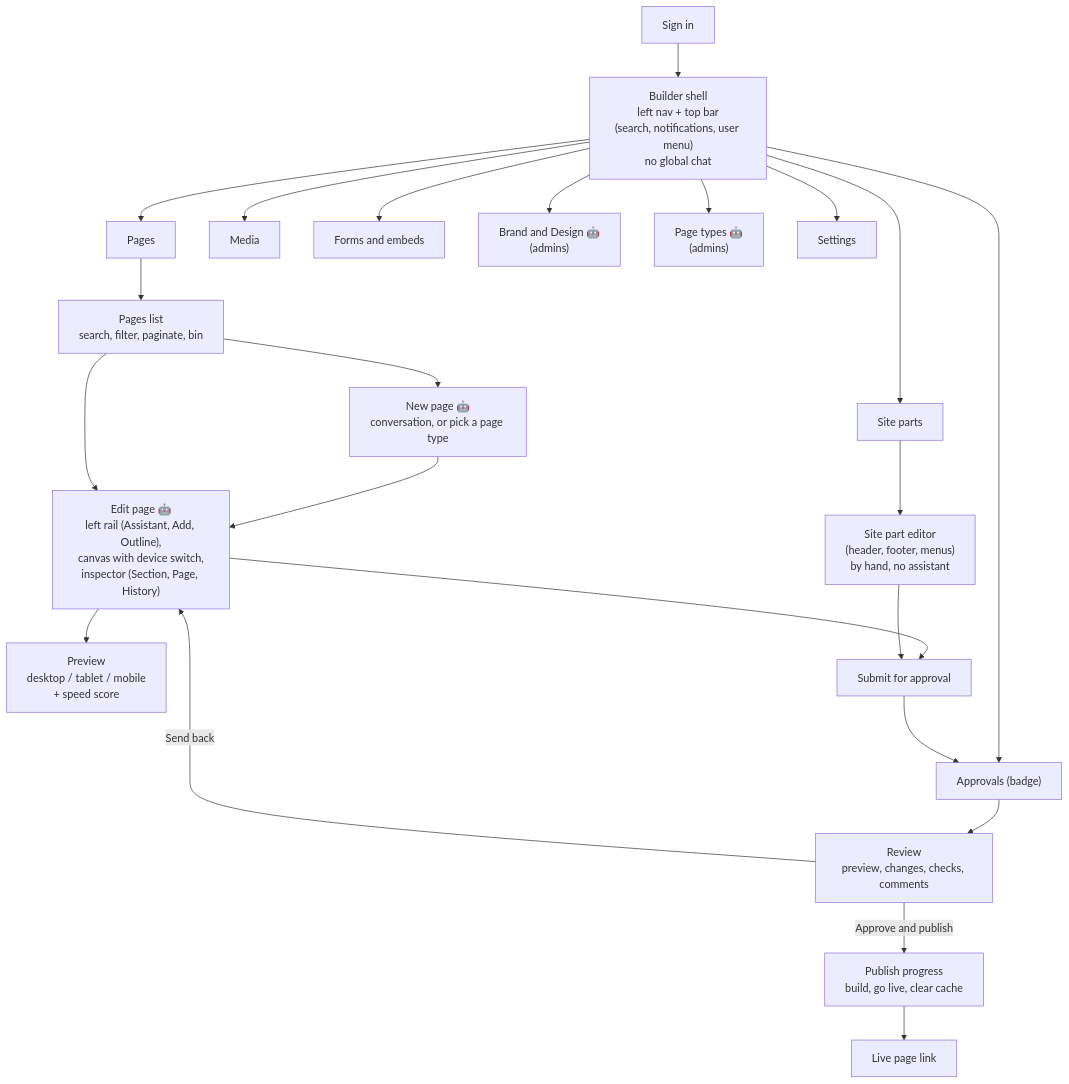
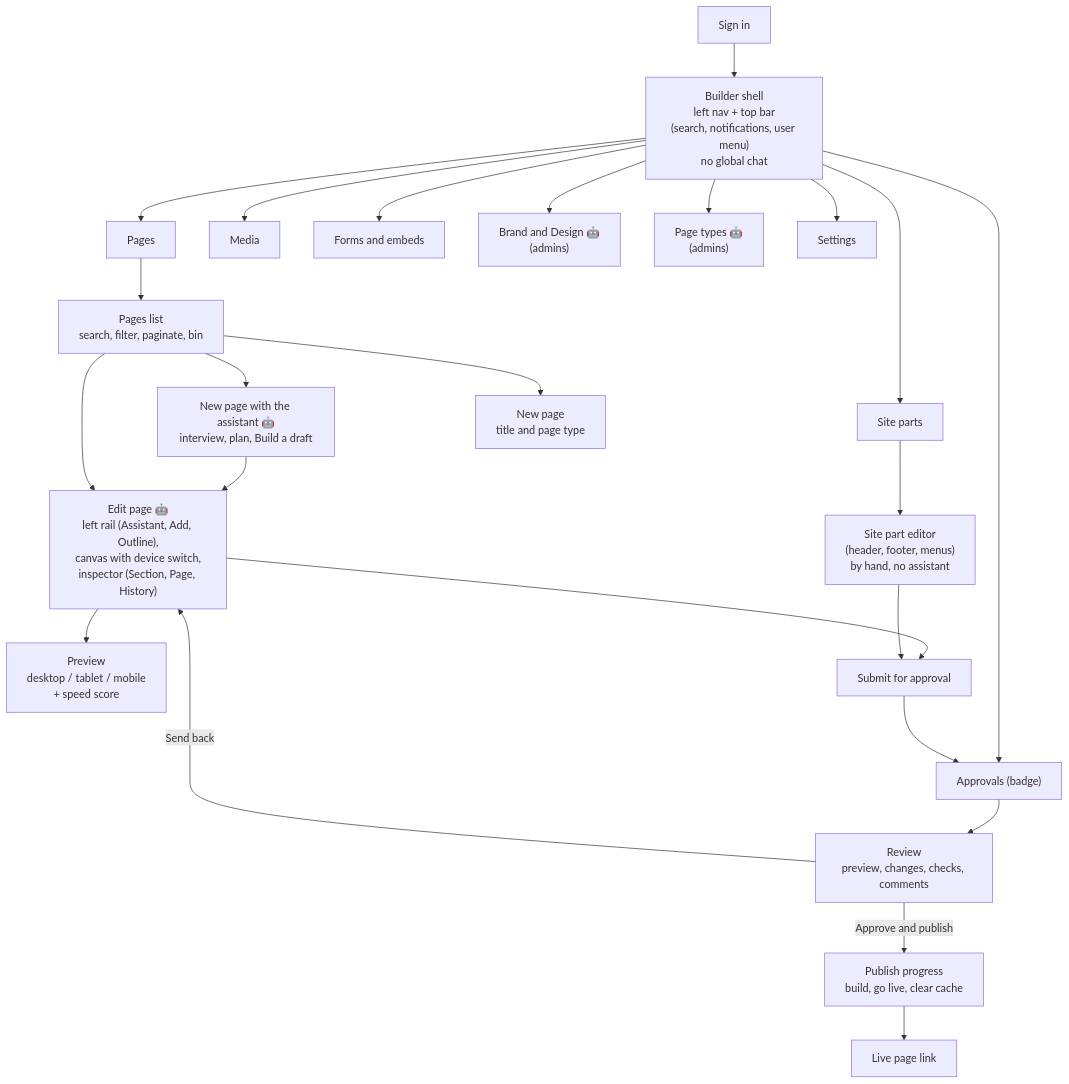
One commit to unkn0wn1/sitebuilder changed the diagram in docs/04-gui.md. Above: the diagram before and after it, drawn with Mermaid. The commit also changed other lines of this file and 23 other files, not shown here.

First line of the commit message:
Add New page with the assistant on the Pages list.

````diff
--- a/docs/04-gui.md
+++ b/docs/04-gui.md
@@ -41,26 +41,27 @@
 ```mermaid
 flowchart TD
   Login["Sign in"] --> Shell["Builder shell<br/>left nav + top bar<br/>(search, notifications, user menu)<br/>no global chat"]
   Shell --> Pages["Pages"]
   Shell --> Parts["Site parts"]
   Shell --> Media["Media"]
   Shell --> Forms["Forms and embeds"]
   Shell --> Approvals["Approvals (badge)"]
   Shell --> Brand["Brand and Design 🤖<br/>(admins)"]
   Shell --> Templates["Page types 🤖<br/>(admins)"]
   Shell --> Settings["Settings"]
 
   Pages --> List["Pages list<br/>search, filter, paginate, bin"]
-  List --> NewPage["New page 🤖<br/>conversation, or pick a page type"]
+  List --> NewPage["New page with the assistant 🤖<br/>interview, plan, Build a draft"]
+  List --> NewPageManual["New page<br/>title and page type"]
   NewPage --> Editor["Edit page 🤖<br/>left rail (Assistant, Add, Outline),<br/>canvas with device switch,<br/>inspector (Section, Page, History)"]
   List --> Editor
   Parts --> PartEditor["Site part editor<br/>(header, footer, menus)<br/>by hand, no assistant"]
   Editor --> Preview["Preview<br/>desktop / tablet / mobile<br/>+ speed score"]
   Editor --> Submit["Submit for approval"]
   PartEditor --> Submit
   Submit --> Approvals
   Approvals --> Review["Review<br/>preview, changes, checks, comments"]
   Review -->|Approve and publish| Publish["Publish progress<br/>build, go live, clear cache"]
   Review -->|Send back| Editor
   Publish --> Live["Live page link"]
 ```
````
